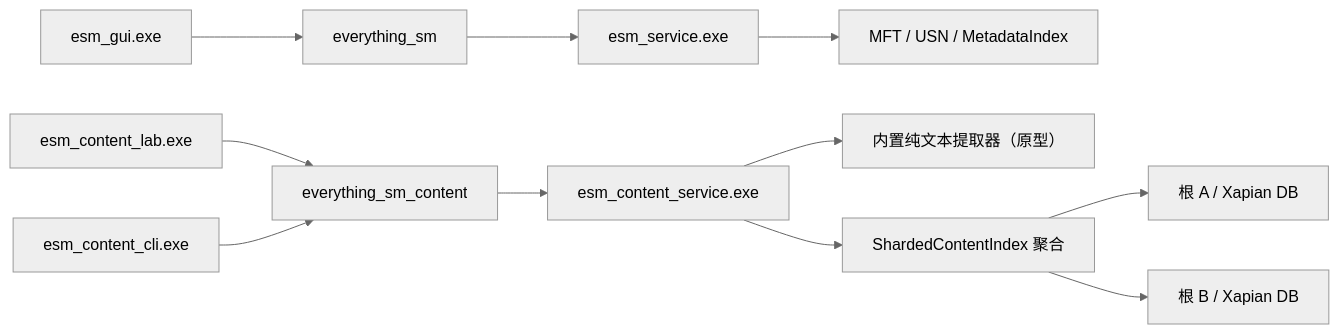
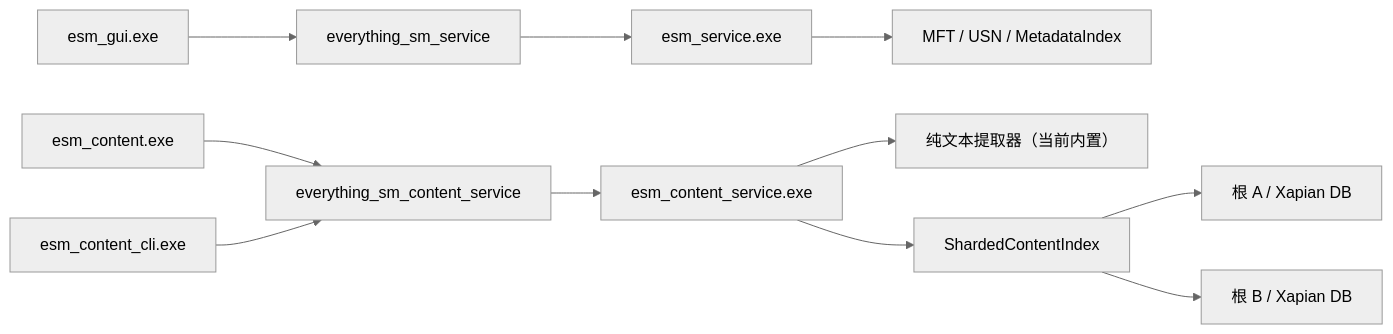
Before and after one commit to sunfengsheng/esm: the diagram in docs/CONTENT_SEARCH.md, drawn with Mermaid (neutral theme). The commit also changed other lines of this file and 16 other files, not shown here.

````diff
--- a/docs/CONTENT_SEARCH.md
+++ b/docs/CONTENT_SEARCH.md
@@ -9,14 +9,14 @@
 ```mermaid
 flowchart LR
-    MainGui["esm_gui.exe"] --> NamePipe["everything_sm"]
+    NameGui["esm_gui.exe"] --> NamePipe["everything_sm_service"]
     NamePipe --> NameService["esm_service.exe"]
-    NameService --> NameIndex["MFT / USN / MetadataIndex"]
+    NameService --> NameDb["MFT / USN / MetadataIndex"]
 
-    ContentLab["esm_content_lab.exe"] --> ContentPipe["everything_sm_content"]
+    ContentGui["esm_content.exe"] --> ContentPipe["everything_sm_content_service"]
     ContentCli["esm_content_cli.exe"] --> ContentPipe
     ContentPipe --> ContentService["esm_content_service.exe"]
-    ContentService --> Extractor["内置纯文本提取器（原型）"]
-    ContentService --> Router["ShardedContentIndex 聚合"]
+    ContentService --> Extractor["纯文本提取器（当前内置）"]
+    ContentService --> Router["ShardedContentIndex"]
     Router --> XapianA["根 A / Xapian DB"]
     Router --> XapianB["根 B / Xapian DB"]
 ```
````
